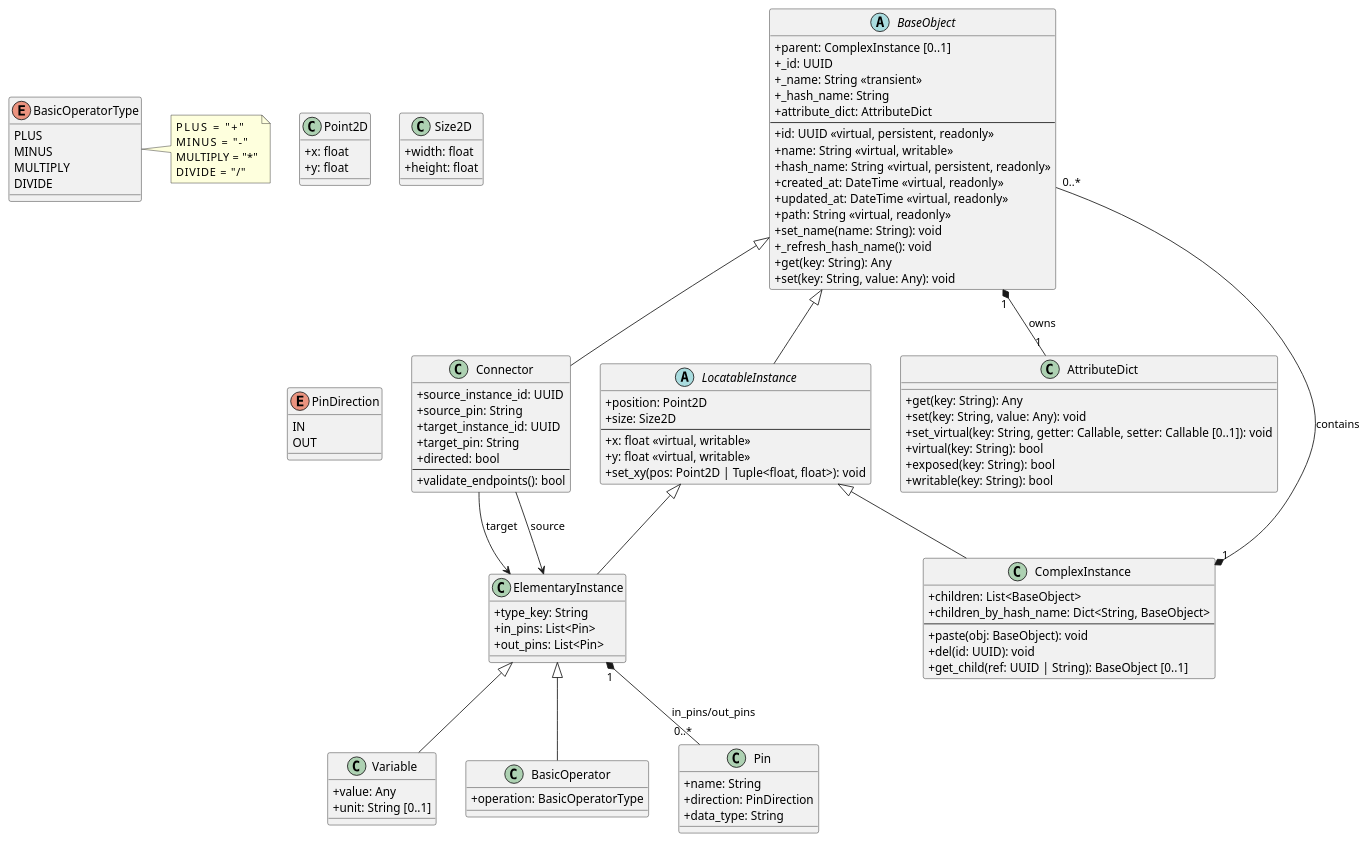
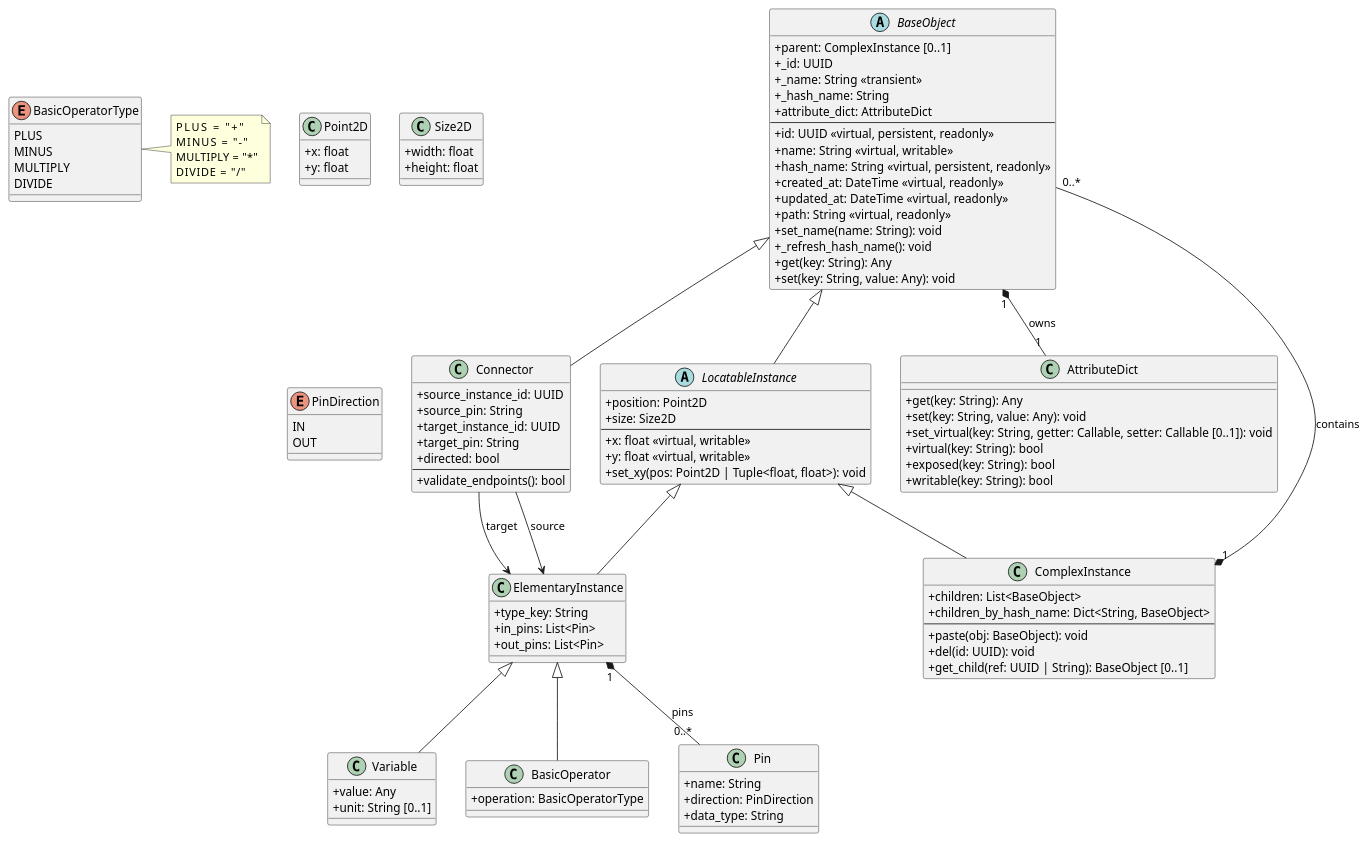
One commit to synarius-project/synarius-core changed the diagram in docs/concepts/data_model_uml.puml. Above: the diagram before and after it, drawn with PlantUML.

Commit message:
Further Fix of Doku

```diff
--- a/docs/concepts/data_model_uml.puml
+++ b/docs/concepts/data_model_uml.puml
@@ -1,123 +1,123 @@
 @startuml DataModel
 skinparam classAttributeIconSize 0
 
 abstract class BaseObject {
   +parent: ComplexInstance [0..1]
   +_id: UUID
   +_name: String <<transient>>
   +_hash_name: String
   +attribute_dict: AttributeDict
   --
   +id: UUID <<virtual, persistent, readonly>>
   +name: String <<virtual, writable>>
   +hash_name: String <<virtual, persistent, readonly>>
   +created_at: DateTime <<virtual, readonly>>
   +updated_at: DateTime <<virtual, readonly>>
   +path: String <<virtual, readonly>>
   +set_name(name: String): void
   +_refresh_hash_name(): void
   +get(key: String): Any
   +set(key: String, value: Any): void
 }
 
 abstract class LocatableInstance {
   +position: Point2D
   +size: Size2D
   --
   +x: float <<virtual, writable>>
   +y: float <<virtual, writable>>
   +set_xy(pos: Point2D | Tuple<float, float>): void
 }
 
 class ElementaryInstance {
   +type_key: String
   +in_pins: List<Pin>
   +out_pins: List<Pin>
 }
 
 class Variable {
   +value: Any
   +unit: String [0..1]
 }
 
 class BasicOperator {
   +operation: BasicOperatorType
 }
 
 class ComplexInstance {
   +children: List<BaseObject>
   +children_by_hash_name: Dict<String, BaseObject>
   --
   +paste(obj: BaseObject): void
   +del(id: UUID): void
   +get_child(ref: UUID | String): BaseObject [0..1]
 }
 
 class Connector {
   +source_instance_id: UUID
   +source_pin: String
   +target_instance_id: UUID
   +target_pin: String
   +directed: bool
   --
   +validate_endpoints(): bool
 }
 
 class Pin {
   +name: String
   +direction: PinDirection
   +data_type: String
 }
 
 class Point2D {
   +x: float
   +y: float
 }
 
 class Size2D {
   +width: float
   +height: float
 }
 
 enum PinDirection {
   IN
   OUT
 }
 
 enum BasicOperatorType {
   PLUS
   MINUS
   MULTIPLY
   DIVIDE
 }
 
 note right of BasicOperatorType
   PLUS      = "+"
   MINUS     = "-"
   MULTIPLY  = "*"
   DIVIDE    = "/"
 end note
 
 class AttributeDict {
   +get(key: String): Any
   +set(key: String, value: Any): void
   +set_virtual(key: String, getter: Callable, setter: Callable [0..1]): void
   +virtual(key: String): bool
   +exposed(key: String): bool
   +writable(key: String): bool
 }
 
 BaseObject <|-- LocatableInstance
 LocatableInstance <|-- ElementaryInstance
 LocatableInstance <|-- ComplexInstance
 ElementaryInstance <|-- Variable
 ElementaryInstance <|-- BasicOperator
 BaseObject <|-- Connector
 
 ComplexInstance "1" *-- "0..*" BaseObject : contains
-ElementaryInstance "1" *-- "0..*" Pin : in_pins/out_pins
+ElementaryInstance "1" *-- "0..*" Pin : pins
 BaseObject "1" *-- "1" AttributeDict : owns
 
 Connector --> ElementaryInstance : source
 Connector --> ElementaryInstance : target
 @enduml
```
